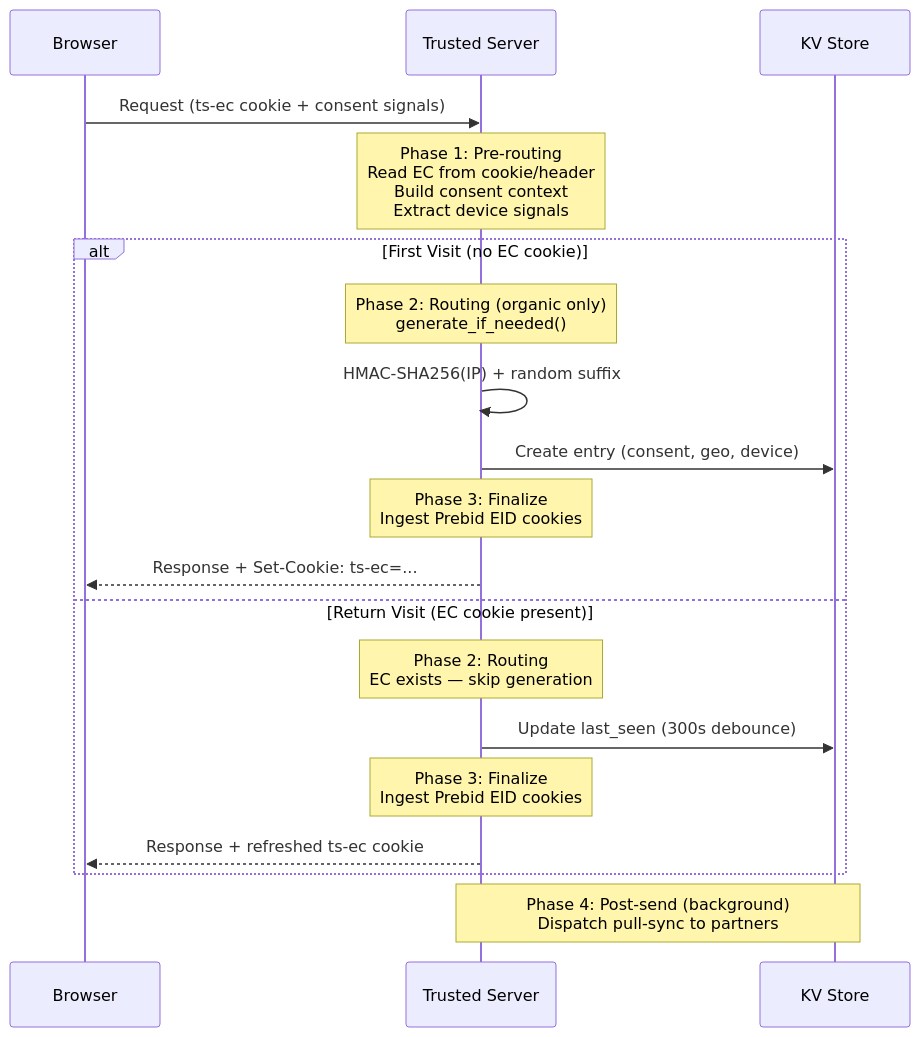
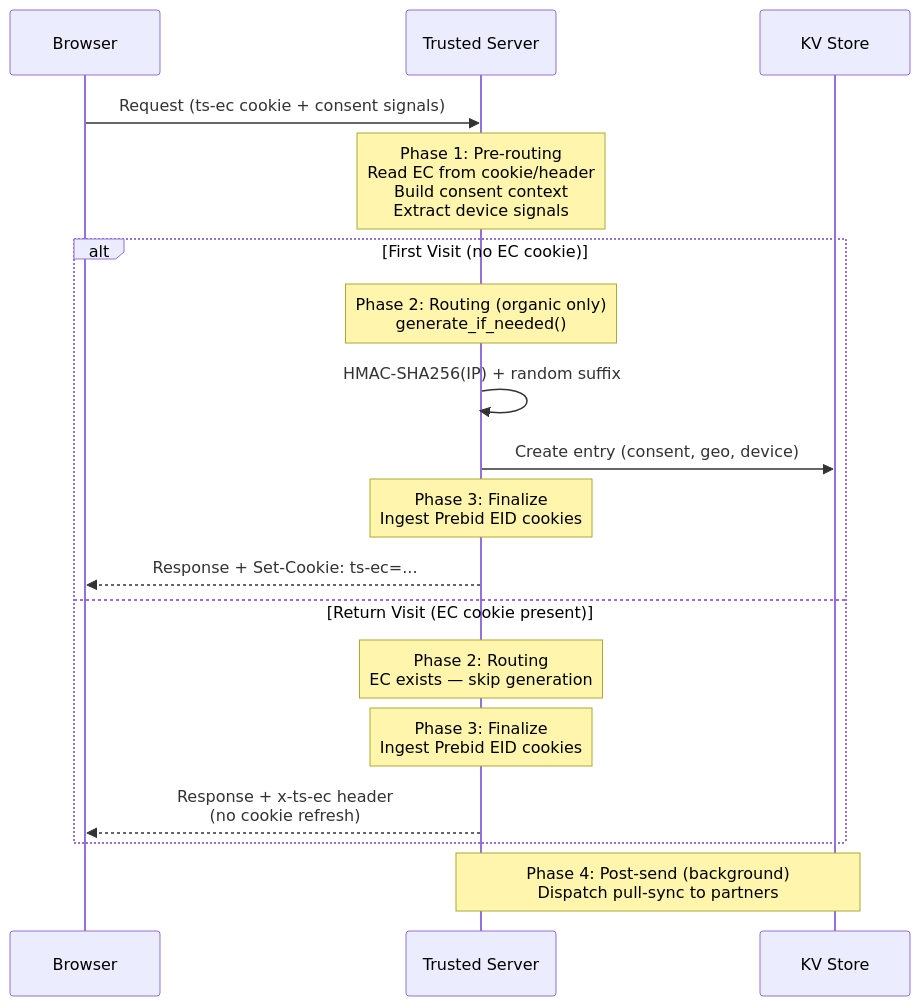
The first of 5 diagrams in docs/guide/edge-cookies.md (IABTechLab/trusted-server), drawn with Mermaid before and after one commit. The commit also changed other lines of this file and 15 other files, not shown here.

````diff
--- a/docs/guide/edge-cookies.md
+++ b/docs/guide/edge-cookies.md
@@ -27,24 +27,23 @@
 ```mermaid
 sequenceDiagram
     participant B as Browser
     participant TS as Trusted Server
     participant KV as KV Store
 
     B->>TS: Request (ts-ec cookie + consent signals)
     Note over TS: Phase 1: Pre-routing<br/>Read EC from cookie/header<br/>Build consent context<br/>Extract device signals
 
     alt First Visit (no EC cookie)
         Note over TS: Phase 2: Routing (organic only)<br/>generate_if_needed()
         TS->>TS: HMAC-SHA256(IP) + random suffix
         TS->>KV: Create entry (consent, geo, device)
         Note over TS: Phase 3: Finalize<br/>Ingest Prebid EID cookies
         TS-->>B: Response + Set-Cookie: ts-ec=...
     else Return Visit (EC cookie present)
         Note over TS: Phase 2: Routing<br/>EC exists — skip generation
-        TS->>KV: Update last_seen (300s debounce)
         Note over TS: Phase 3: Finalize<br/>Ingest Prebid EID cookies
-        TS-->>B: Response + refreshed ts-ec cookie
+        TS-->>B: Response + x-ts-ec header<br/>(no cookie refresh)
     end
 
     Note over TS,KV: Phase 4: Post-send (background)<br/>Dispatch pull-sync to partners
 ```
````
